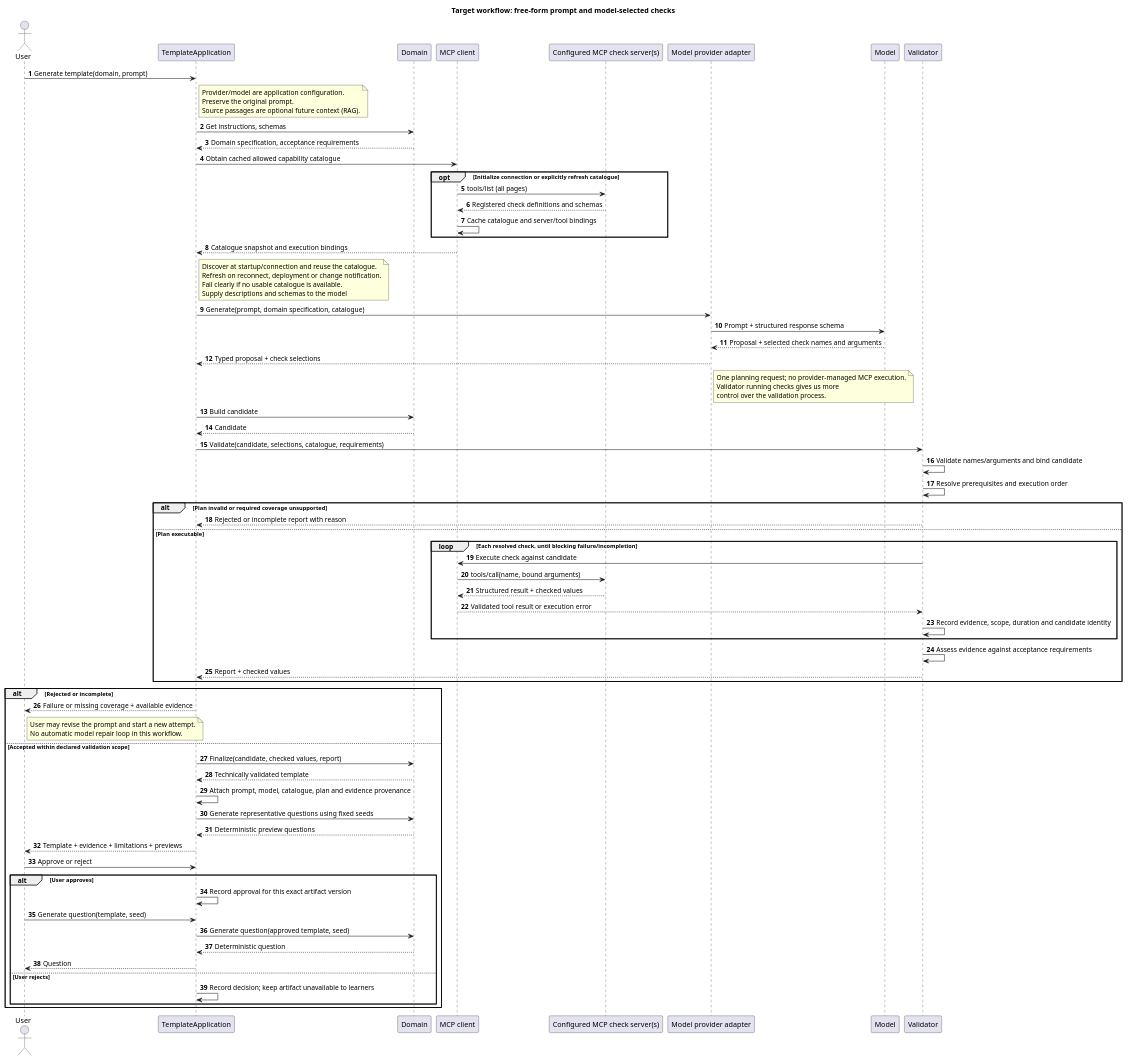
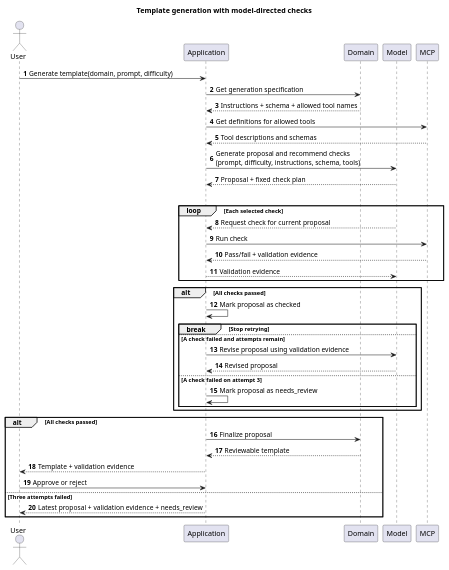
The diagram in docs/question-generation/generate-template.puml (edcraft-org/ai), drawn with PlantUML before and after one commit. The commit also changed 3 other files, not shown here.

Commit message:
Update architecture to include mcp server

```diff
--- a/docs/question-generation/generate-template.puml
+++ b/docs/question-generation/generate-template.puml
@@ -1,90 +1,48 @@
 @startuml TemplateGeneration
-title Target workflow: free-form prompt and model-selected checks
+title Template generation with model-directed checks
 autonumber
 
 actor User
-participant TemplateApplication as App
+participant Application as App
 participant Domain
-participant "MCP client" as Client
-participant "Configured MCP check server(s)" as MCP
-participant "Model provider adapter" as Provider
 participant Model
-participant Validator
+participant MCP
 
-User -> App: Generate template(domain, prompt)
-note right of App
-  Provider/model are application configuration.
-  Preserve the original prompt.
-  Source passages are optional future context (RAG).
-end note
-App -> Domain: Get instructions, schemas
-Domain --> App: Domain specification, acceptance requirements
-App -> Client: Obtain cached allowed capability catalogue
-opt Initialize connection or explicitly refresh catalogue
-    Client -> MCP: tools/list (all pages)
-    MCP --> Client: Registered check definitions and schemas
-    Client -> Client: Cache catalogue and server/tool bindings
-end
-Client --> App: Catalogue snapshot and execution bindings
-note right of App
-  Discover at startup/connection and reuse the catalogue.
-  Refresh on reconnect, deployment or change notification.
-  Fail clearly if no usable catalogue is available.
-  Supply descriptions and schemas to the model
-end note
-App -> Provider: Generate(prompt, domain specification, catalogue)
-Provider -> Model: Prompt + structured response schema
-Model --> Provider: Proposal + selected check names and arguments
-Provider --> App: Typed proposal + check selections
-note right of Provider
-  One planning request; no provider-managed MCP execution.
-  Validator running checks gives us more 
-  control over the validation process.
-end note
+User -> App: Generate template(domain, prompt, difficulty)
+App -> Domain: Get generation specification
+Domain --> App: Instructions + schema + allowed tool names
 
-App -> Domain: Build candidate
-Domain --> App: Candidate
-App -> Validator: Validate(candidate, selections, catalogue, requirements)
-Validator -> Validator: Validate names/arguments and bind candidate
-Validator -> Validator: Resolve prerequisites and execution order
+App -> MCP: Get definitions for allowed tools
+MCP --> App: Tool descriptions and schemas
+App -> Model: Generate proposal and recommend checks\n(prompt, difficulty, instructions, schema, tools)
+Model --> App: Proposal + fixed check plan
 
-alt Plan invalid or required coverage unsupported
-    Validator --> App: Rejected or incomplete report with reason
-else Plan executable
-    loop Each resolved check, until blocking failure/incompletion
-        Validator -> Client: Execute check against candidate
-        Client -> MCP: tools/call(name, bound arguments)
-        MCP --> Client: Structured result + checked values
-        Client --> Validator: Validated tool result or execution error
-        Validator -> Validator: Record evidence, scope, duration and candidate identity
+loop Run checks (maximum 3 attempts)
+    loop Each selected check
+        Model --> App: Request check for current proposal
+        App -> MCP: Run check
+        MCP --> App: Pass/fail + validation evidence
+        App --> Model: Validation evidence
     end
-    Validator -> Validator: Assess evidence against acceptance requirements
-    Validator --> App: Report + checked values
-end
 
-alt Rejected or incomplete
-    App --> User: Failure or missing coverage + available evidence
-    note right of User
-      User may revise the prompt and start a new attempt.
-      No automatic model repair loop in this workflow.
-    end note
-else Accepted within declared validation scope
-    App -> Domain: Finalize(candidate, checked values, report)
-    Domain --> App: Technically validated template
-    App -> App: Attach prompt, model, catalogue, plan and evidence provenance
-    App -> Domain: Generate representative questions using fixed seeds
-    Domain --> App: Deterministic preview questions
-    App --> User: Template + evidence + limitations + previews
-    User -> App: Approve or reject
-    alt User approves
-        App -> App: Record approval for this exact artifact version
-        User -> App: Generate question(template, seed)
-        App -> Domain: Generate question(approved template, seed)
-        Domain --> App: Deterministic question
-        App --> User: Question
-    else User rejects
-        App -> App: Record decision; keep artifact unavailable to learners
+    alt All checks passed
+        App -> App: Mark proposal as checked
+        break Stop retrying
+    else A check failed and attempts remain
+        App -> Model: Revise proposal using validation evidence
+        Model --> App: Revised proposal
+    else A check failed on attempt 3
+        App -> App: Mark proposal as needs_review
     end
 end
 
+alt All checks passed
+    App -> Domain: Finalize proposal
+    Domain --> App: Reviewable template
+    App --> User: Template + validation evidence
+    User -> App: Approve or reject
+else Three attempts failed
+    App --> User: Latest proposal + validation evidence + needs_review
+end
+
 @enduml
```
